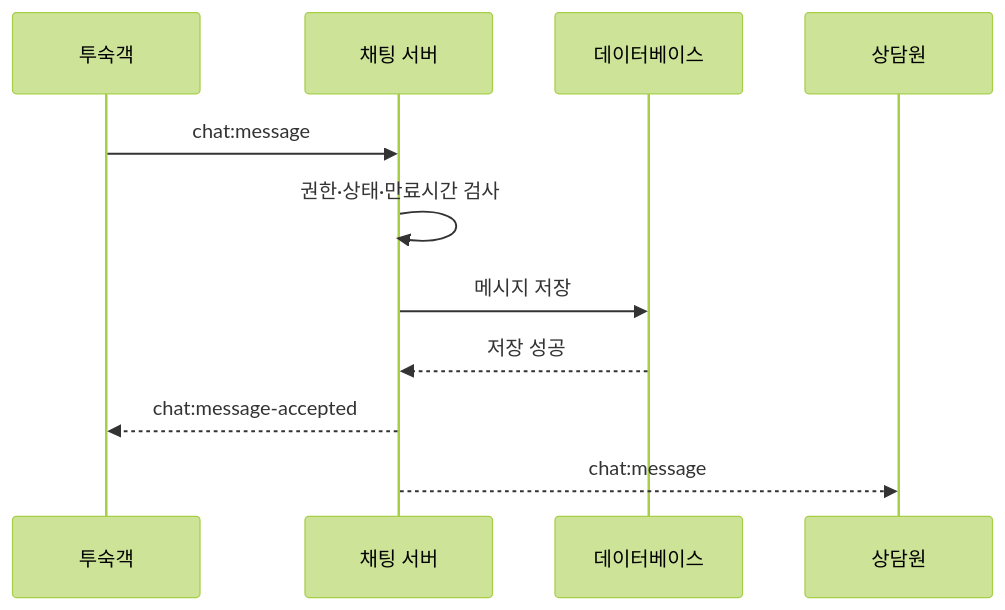
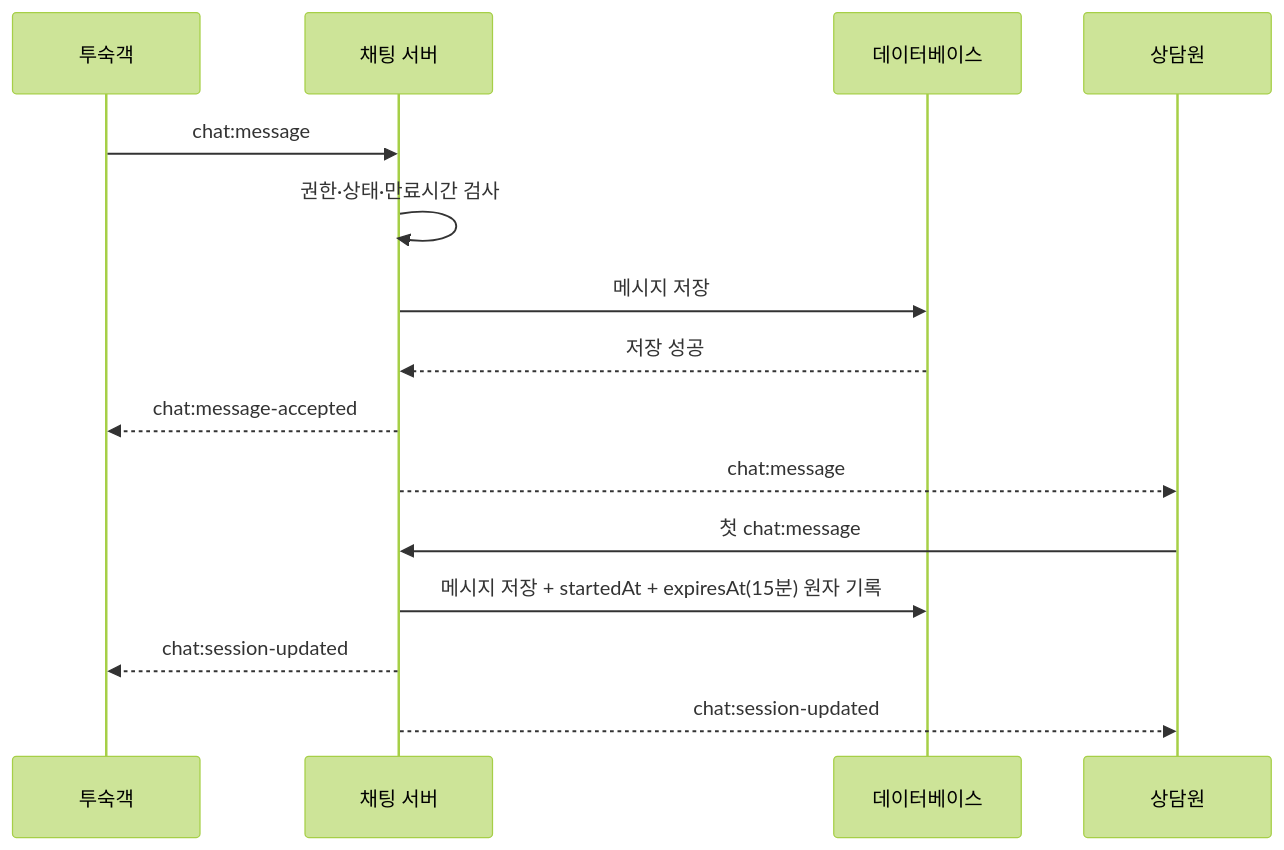
The fourth of 6 diagrams in docs/00_Base_Specification.md (miffy9999/RemotePlus_Chat), drawn with Mermaid (forest theme) before and after one commit. The commit also changed other lines of this file and 30 other files, not shown here.

````diff
--- a/docs/00_Base_Specification.md
+++ b/docs/00_Base_Specification.md
@@ -638,14 +639,18 @@
 ```mermaid
 sequenceDiagram
     participant G as 투숙객
     participant S as 채팅 서버
     participant D as 데이터베이스
     participant A as 상담원
 
     G->>S: chat:message
     S->>S: 권한·상태·만료시간 검사
     S->>D: 메시지 저장
     D-->>S: 저장 성공
     S-->>G: chat:message-accepted
     S-->>A: chat:message
+    A->>S: 첫 chat:message
+    S->>D: 메시지 저장 + startedAt + expiresAt(15분) 원자 기록
+    S-->>G: chat:session-updated
+    S-->>A: chat:session-updated
 ```
````
